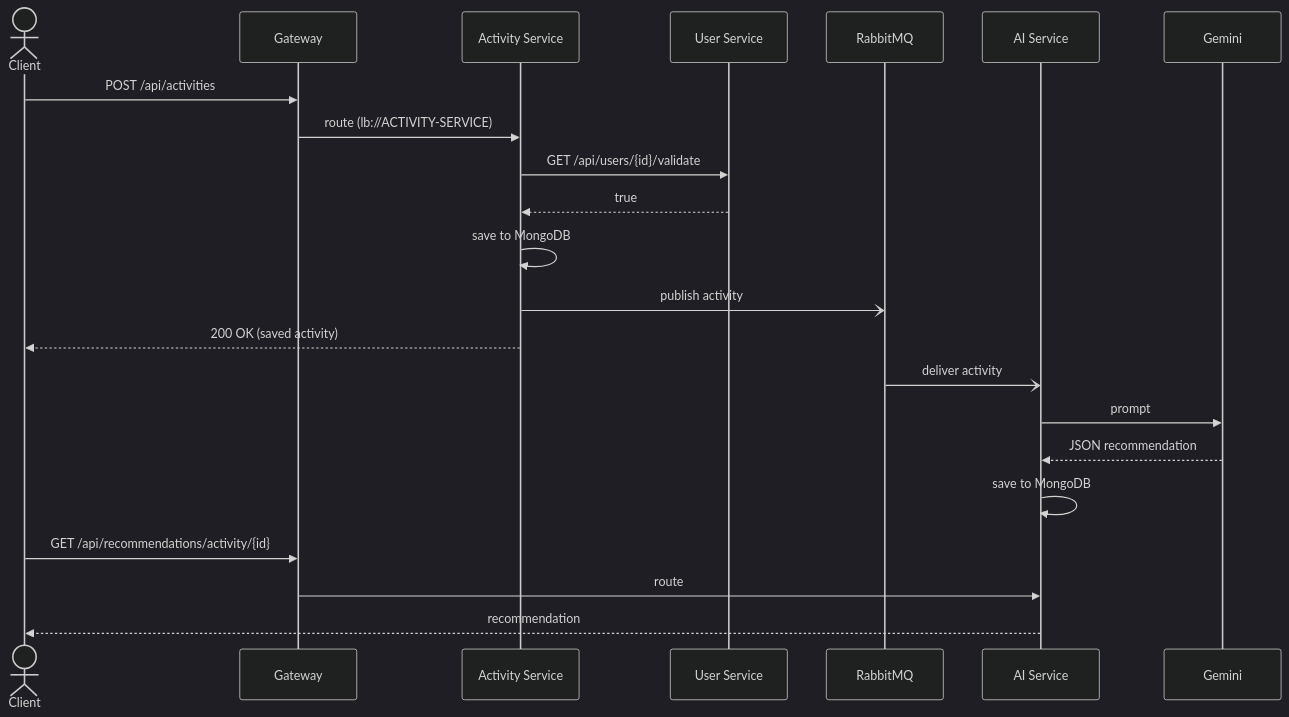
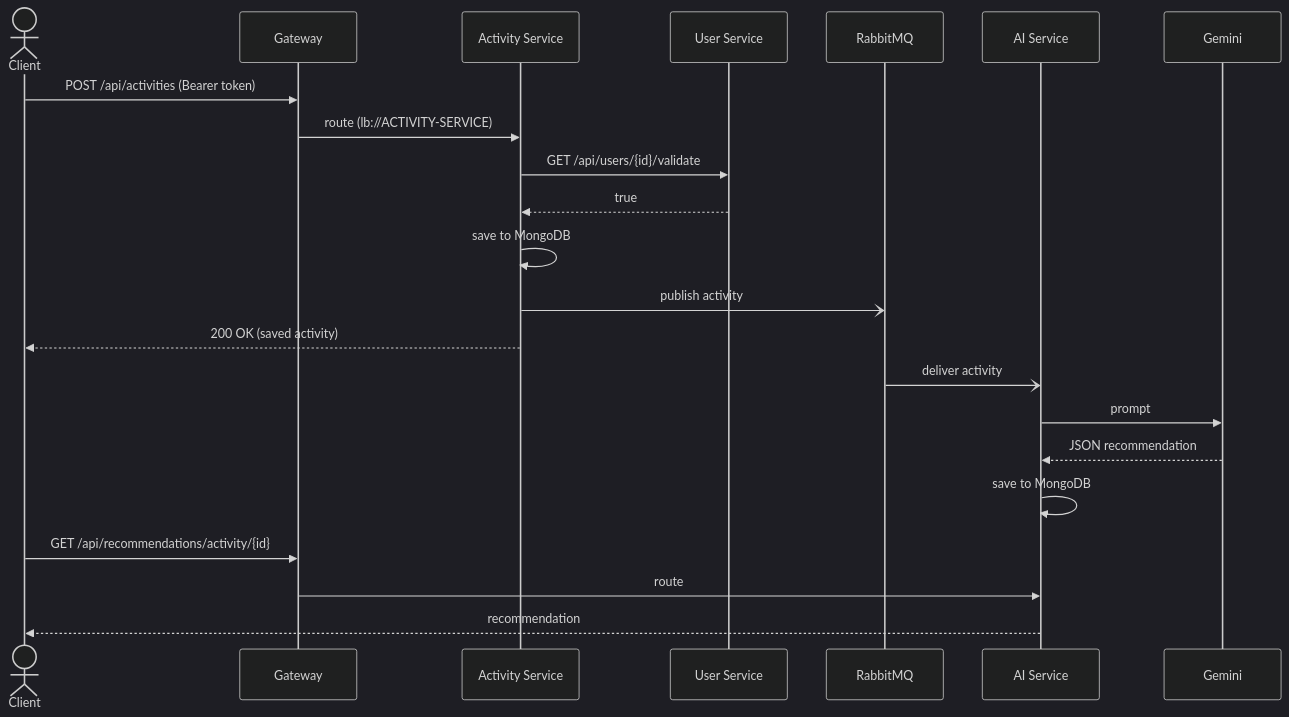
Before and after one commit to KaraboMatsepane/repwise: the second of 2 diagrams in README.md, drawn with Mermaid (dark theme). The commit also changed other lines of this file and 22 other files, not shown here.

````diff
--- a/README.md
+++ b/README.md
@@ -63,25 +64,25 @@
 ```mermaid
 sequenceDiagram
     actor C as Client
     participant G as Gateway
     participant A as Activity Service
     participant U as User Service
     participant Q as RabbitMQ
     participant R as AI Service
     participant M as Gemini
 
-    C->>G: POST /api/activities
+    C->>G: POST /api/activities (Bearer token)
     G->>A: route (lb://ACTIVITY-SERVICE)
     A->>U: GET /api/users/{id}/validate
     U-->>A: true
     A->>A: save to MongoDB
     A-)Q: publish activity
     A-->>C: 200 OK (saved activity)
     Q-)R: deliver activity
     R->>M: prompt
     M-->>R: JSON recommendation
     R->>R: save to MongoDB
     C->>G: GET /api/recommendations/activity/{id}
     G->>R: route
     R-->>C: recommendation
 ```
````
